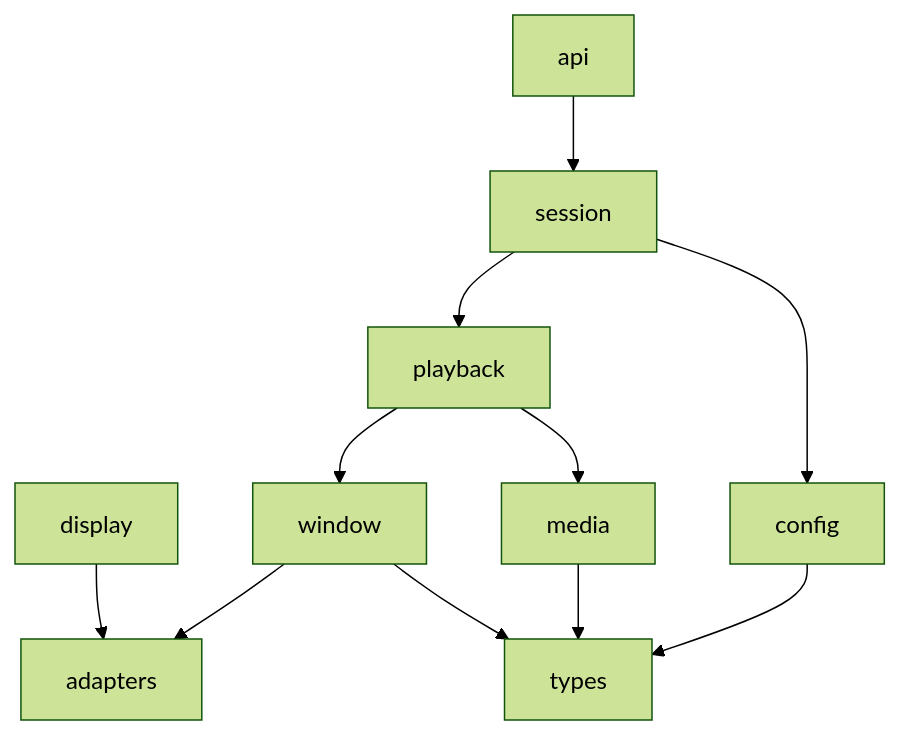
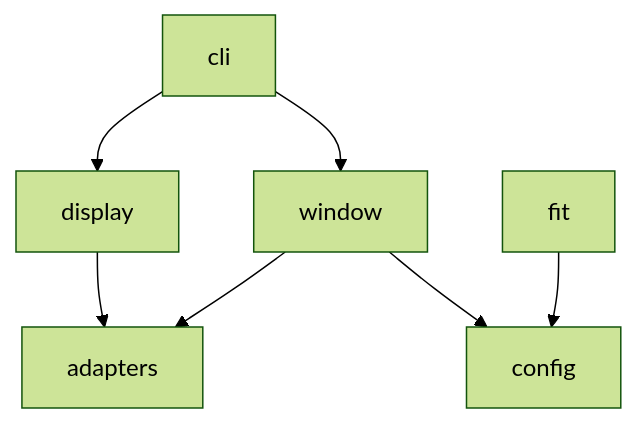
Before and after one commit to maedayoshiaki/projector-controller: the diagram in docs/ARCHITECTURE.md, drawn with Mermaid (forest theme). The commit also changed other lines of this file and 25 other files, not shown here.

````diff
--- a/docs/ARCHITECTURE.md
+++ b/docs/ARCHITECTURE.md
@@ -75,13 +72,9 @@
 ```mermaid
 graph TD
-  api --> session
-  session --> playback
-  session --> config
-  playback --> window
-  playback --> media
+  cli --> window
+  cli --> display
   window --> adapters
   display --> adapters
-  config --> types
-  media --> types
-  window --> types
+  fit --> config
+  window --> config
 ```
````
